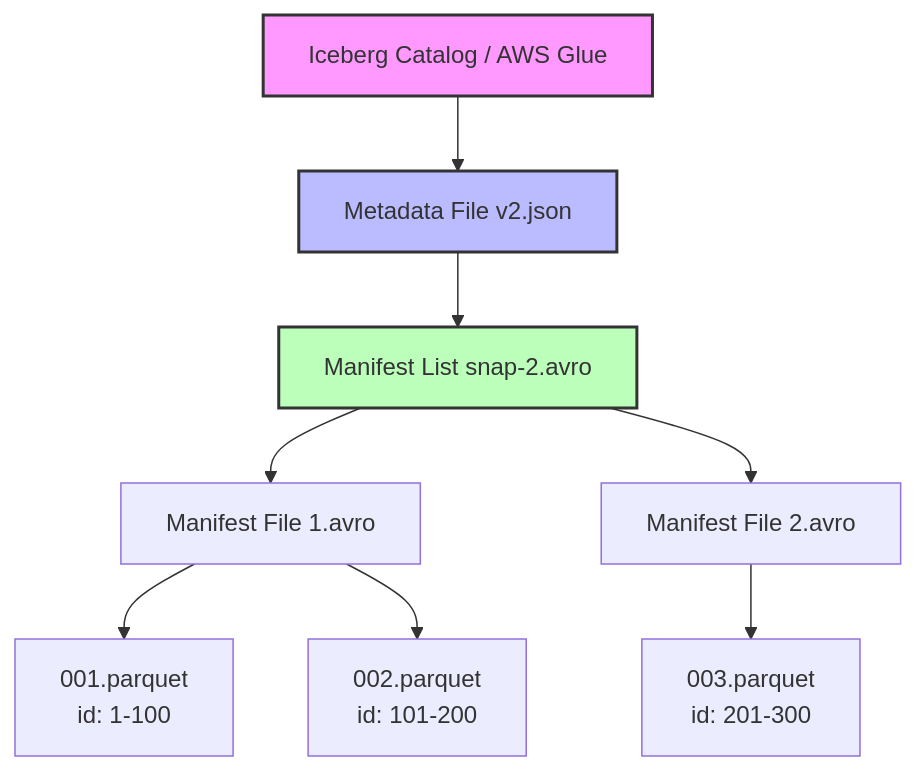
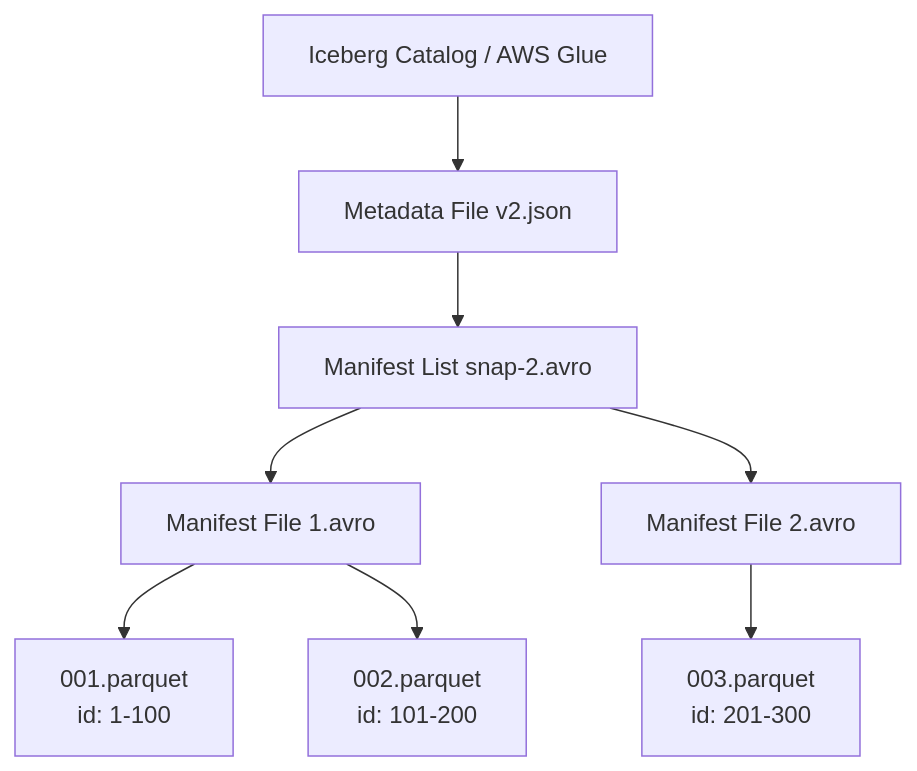
One commit to kythuatdulieu/kythuatdulieu.github.io changed the first of 2 diagrams in src/content/docs/concepts/3-storage-engines-formats/lakehouse.md. Above: the diagram before and after it, drawn with Mermaid. The commit also changed other lines of this file and 682 other files, not shown here.

````diff
--- a/src/content/docs/concepts/3-storage-engines-formats/lakehouse.md
+++ b/src/content/docs/concepts/3-storage-engines-formats/lakehouse.md
@@ -31,17 +31,16 @@
 ```mermaid
 graph TD
     Catalog["Iceberg Catalog / AWS Glue"] --> Meta2["Metadata File v2.json"]
     
     Meta2 --> ML1["Manifest List snap-2.avro"]
     
     ML1 --> M1["Manifest File 1.avro"]
     ML1 --> M2["Manifest File 2.avro"]
     
     M1 --> D1["001.parquet <br/> id: 1-100"]
     M1 --> D2["002.parquet <br/> id: 101-200"]
     M2 --> D3["003.parquet <br/> id: 201-300"]
-    
-    style Catalog fill:#f9f,stroke:#333,stroke-width:2px
-    style Meta2 fill:#bbf,stroke:#333,stroke-width:2px
-    style ML1 fill:#bfb,stroke:#333,stroke-width:2px
+
+
+
 ```
````
